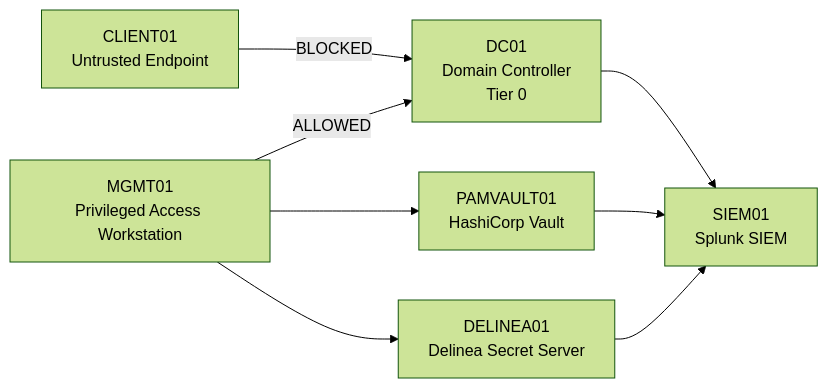
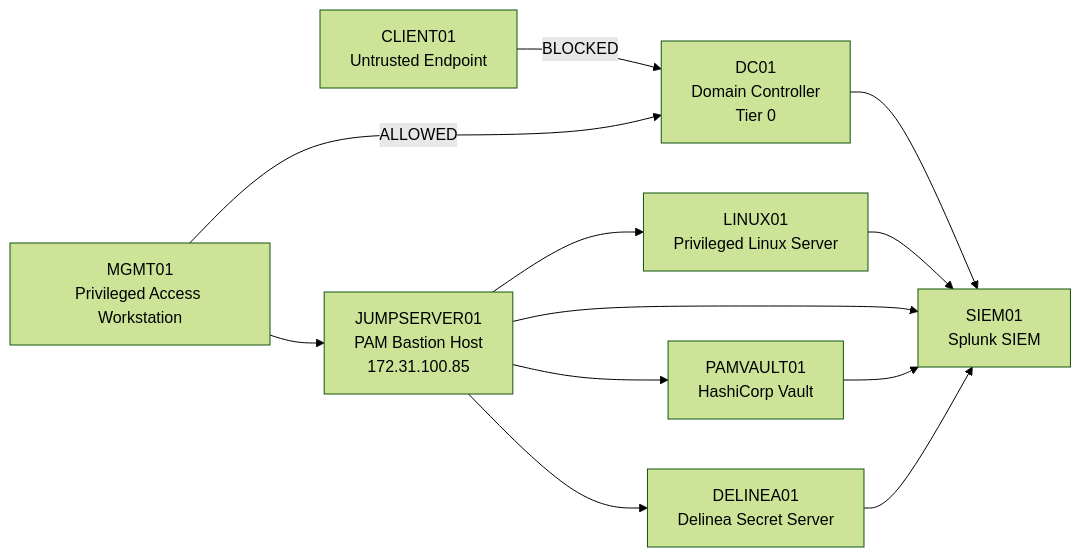
One commit to eespence/IAM-PRIVILEGED-ACCESS-ENGINEERING changed the diagram in README.md. Above: the diagram before and after it, drawn with Mermaid (forest theme). The commit also changed other lines of this file and 68 other files, not shown here.

````diff
--- a/README.md
+++ b/README.md
@@ -46,10 +45,17 @@
 ```mermaid
 graph LR
     CLIENT01[CLIENT01\nUntrusted Endpoint] -- BLOCKED --> DC01[DC01\nDomain Controller\nTier 0]
+
     MGMT01[MGMT01\nPrivileged Access Workstation] -- ALLOWED --> DC01
-    MGMT01 --> PAMVAULT01[PAMVAULT01\nHashiCorp Vault]
-    MGMT01 --> DELINEA01[DELINEA01\nDelinea Secret Server]
+    MGMT01 --> JUMPSERVER01[JUMPSERVER01\nPAM Bastion Host\n172.31.100.85]
+
+    JUMPSERVER01 --> LINUX01[LINUX01\nPrivileged Linux Server]
+    JUMPSERVER01 --> PAMVAULT01[PAMVAULT01\nHashiCorp Vault]
+    JUMPSERVER01 --> DELINEA01[DELINEA01\nDelinea Secret Server]
+
     DC01 --> SIEM01[SIEM01\nSplunk SIEM]
+    LINUX01 --> SIEM01
+    JUMPSERVER01 --> SIEM01
     PAMVAULT01 --> SIEM01
     DELINEA01 --> SIEM01
 ```
````
